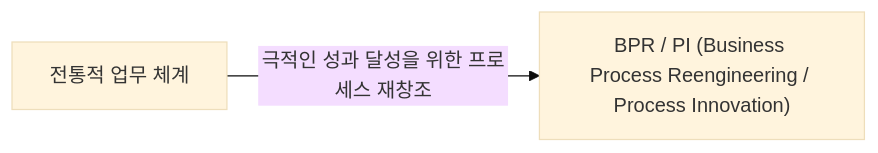
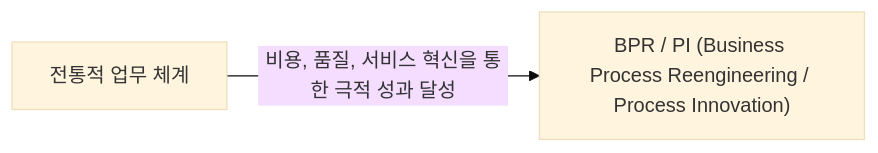
One commit to jeonck/fw-thinking changed the first of 3 diagrams in docs/01-it-governance/bpr-pi.md. Above: the diagram before and after it, drawn with Mermaid (base theme). The commit also changed other lines of this file and 1 other file, not shown here.

````diff
--- a/docs/01-it-governance/bpr-pi.md
+++ b/docs/01-it-governance/bpr-pi.md
@@ -8,4 +8,4 @@
 ```mermaid
 flowchart LR
-    A["전통적 업무 체계"] -- "극적인 성과 달성을 위한 프로세스 재창조" --> B["BPR / PI (Business Process Reengineering / Process Innovation)"]
+    A["전통적 업무 체계"] -- "비용, 품질, 서비스 혁신을 통한 극적 성과 달성" --> B["BPR / PI (Business Process Reengineering / Process Innovation)"]
 ```
````
